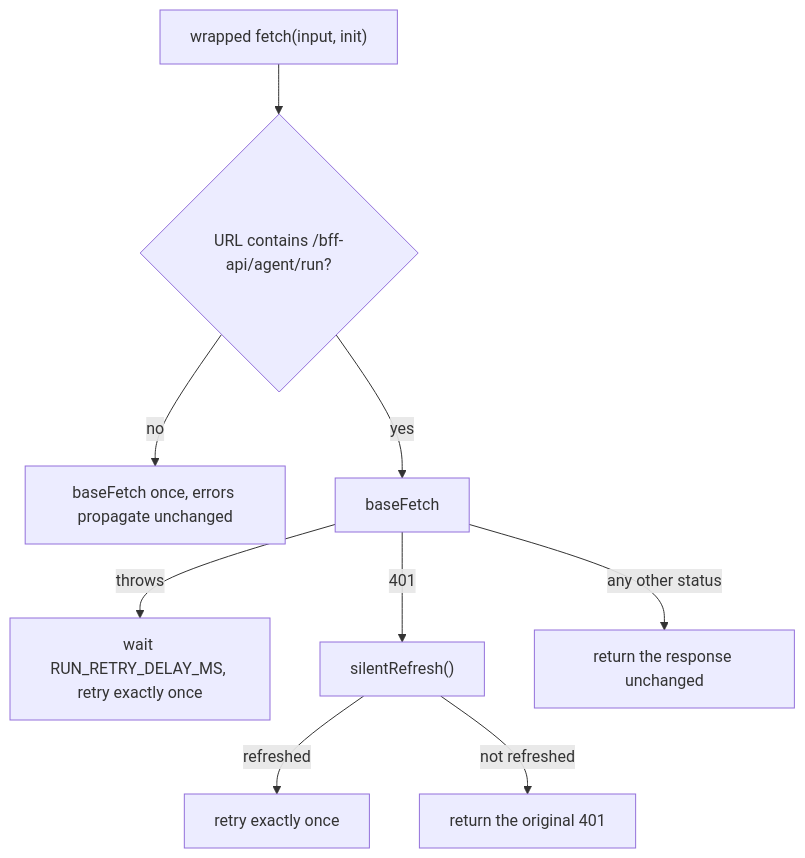
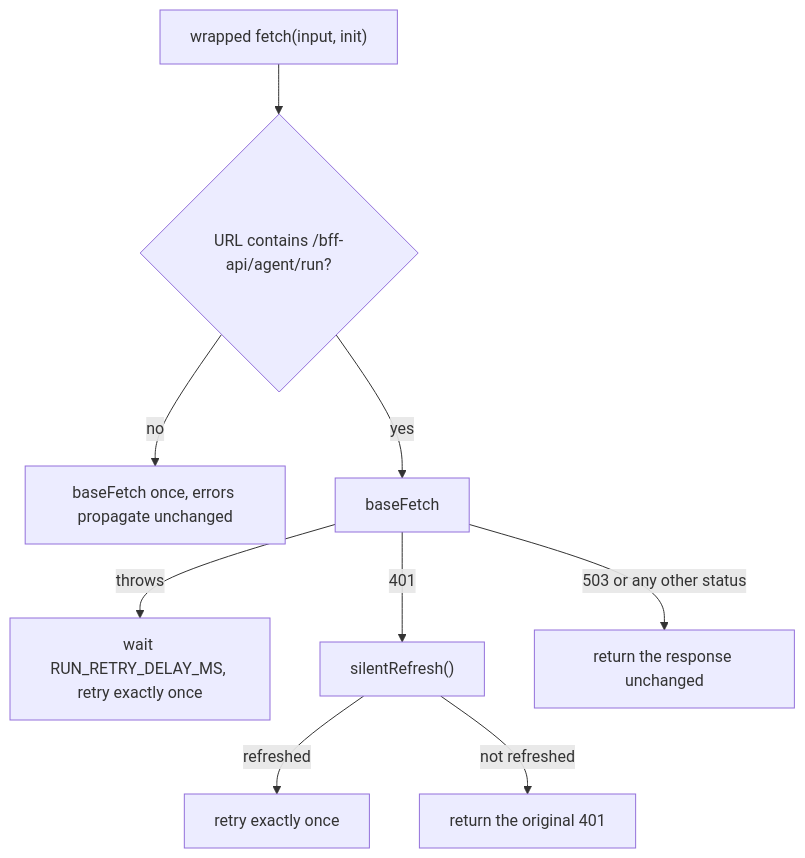
One commit to jumbleknot/MovieCollectionManager changed the diagram in openwiki/gotchas/expo-router-and-transport-traps.md. Above: the diagram before and after it, drawn with Mermaid. The commit also changed other lines of this file and 15 other files, not shown here.

````diff
--- a/openwiki/gotchas/expo-router-and-transport-traps.md
+++ b/openwiki/gotchas/expo-router-and-transport-traps.md
@@ -226,11 +239,11 @@
 ```mermaid
 flowchart TD
     Call["wrapped fetch(input, init)"] --> IsAgent{"URL contains /bff-api/agent/run?"}
     IsAgent -->|no| Plain["baseFetch once, errors propagate unchanged"]
     IsAgent -->|yes| Attempt["baseFetch"]
     Attempt -->|throws| Drop["wait RUN_RETRY_DELAY_MS, retry exactly once"]
     Attempt -->|401| Refresh["silentRefresh()"]
-    Attempt -->|any other status| Pass["return the response unchanged"]
+    Attempt -->|503 or any other status| Pass["return the response unchanged"]
     Refresh -->|refreshed| Retry["retry exactly once"]
     Refresh -->|not refreshed| Original["return the original 401"]
 ```
````
